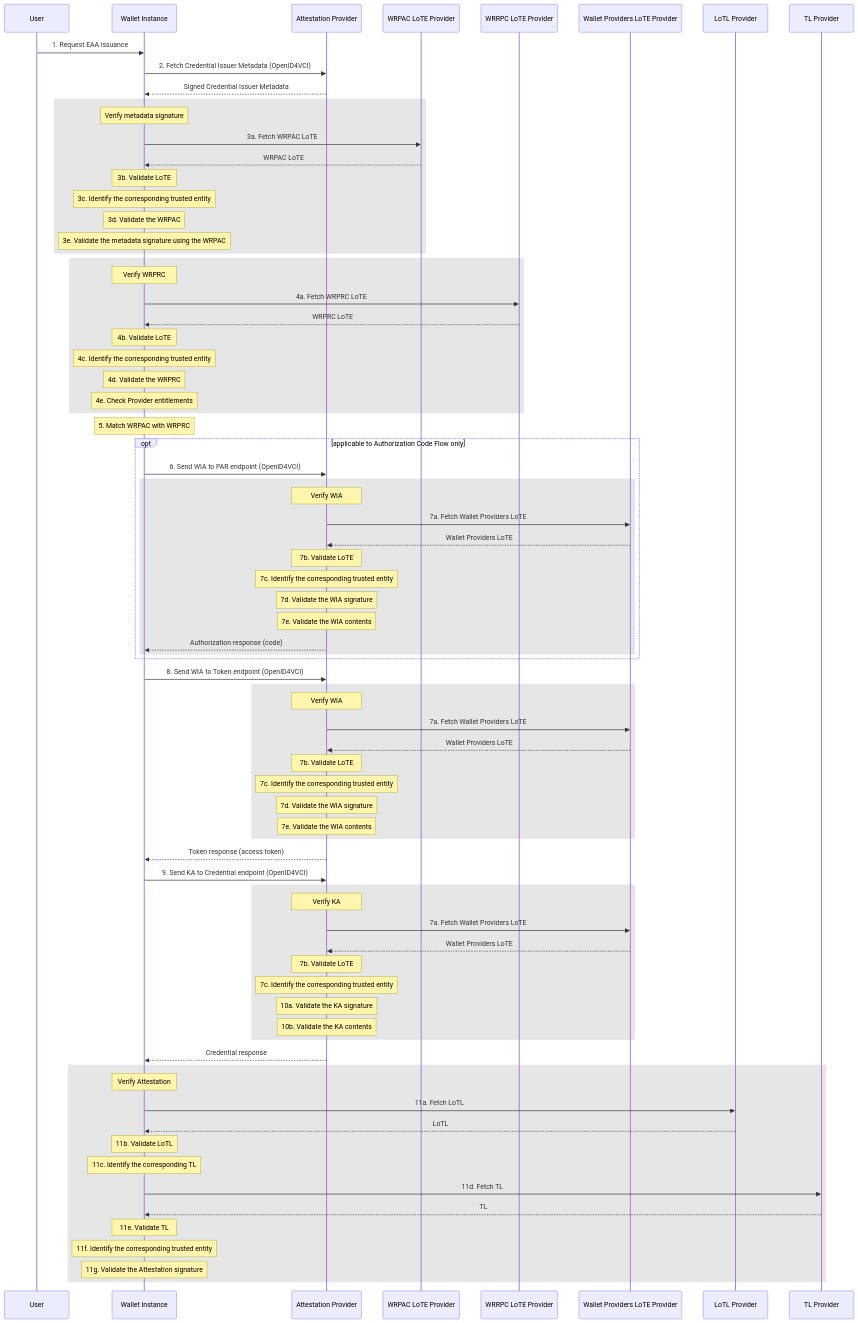
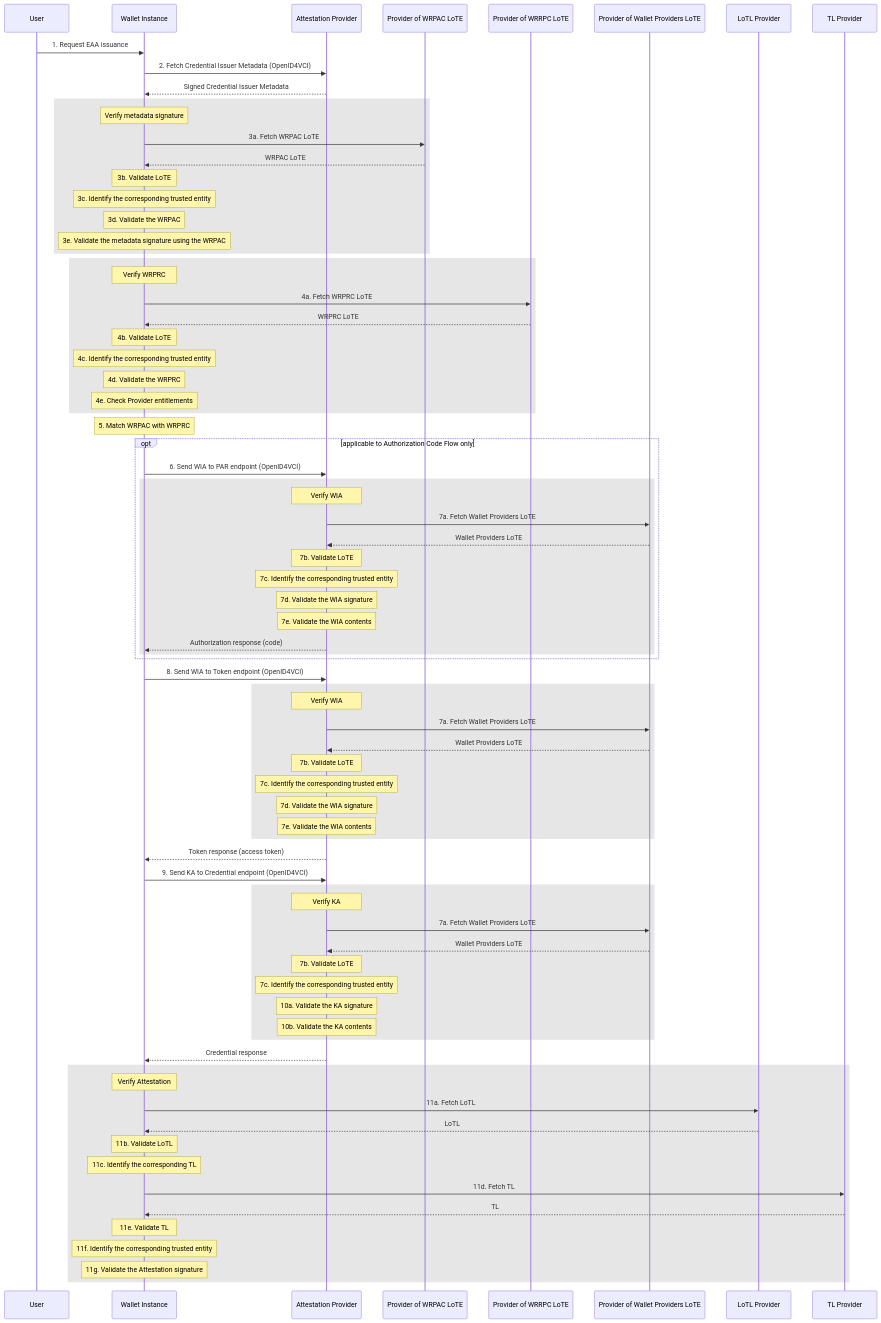
The diagram in docs/topics/trust-checks-issuance.md (APTITUDE-Consortium/wp2-trust-specifications), drawn with Mermaid before and after one commit.

Commit message:
Renamed providers

```diff
--- a/docs/topics/trust-checks-issuance.md
+++ b/docs/topics/trust-checks-issuance.md
@@ -4,9 +4,9 @@
     participant User
     participant Wallet as Wallet Instance
     participant EAAProvider as Attestation Provider
-    participant WRPACLoTE as WRPAC LoTE Provider
-    participant WRPCLoTE as WRRPC LoTE Provider
-    participant WProvider as Wallet Providers LoTE Provider
+    participant WRPACLoTE as Provider of WRPAC LoTE
+    participant WRPCLoTE as Provider of WRRPC LoTE
+    participant WProvider as Provider of Wallet Providers LoTE
     participant LoTL as LoTL Provider
     participant TL as TL Provider
 
```
